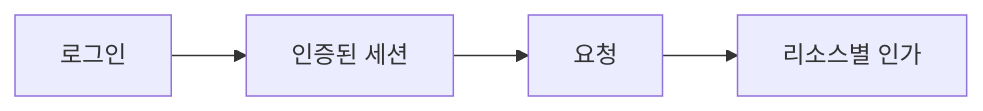
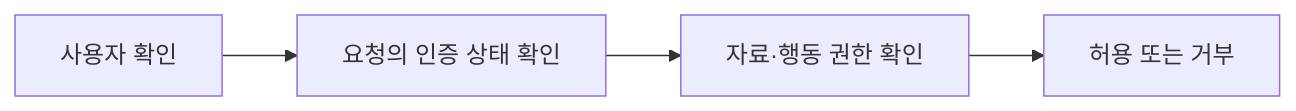
Before and after one commit to moocongpapa/it-study: the diagram in content/topics/web-auth.md, drawn with Mermaid. The commit also changed other lines of this file and 71 other files, not shown here.

````diff
--- a/content/topics/web-auth.md
+++ b/content/topics/web-auth.md
@@ -6,4 +20,4 @@
 ```mermaid
 flowchart LR
-  U["로그인"] --> A["인증된 세션"] --> R["요청"] --> P["리소스별 인가"]
+ A["사용자 확인"] --> B["요청의 인증 상태 확인"] --> C["자료·행동 권한 확인"] --> D["허용 또는 거부"]
 ```
````
